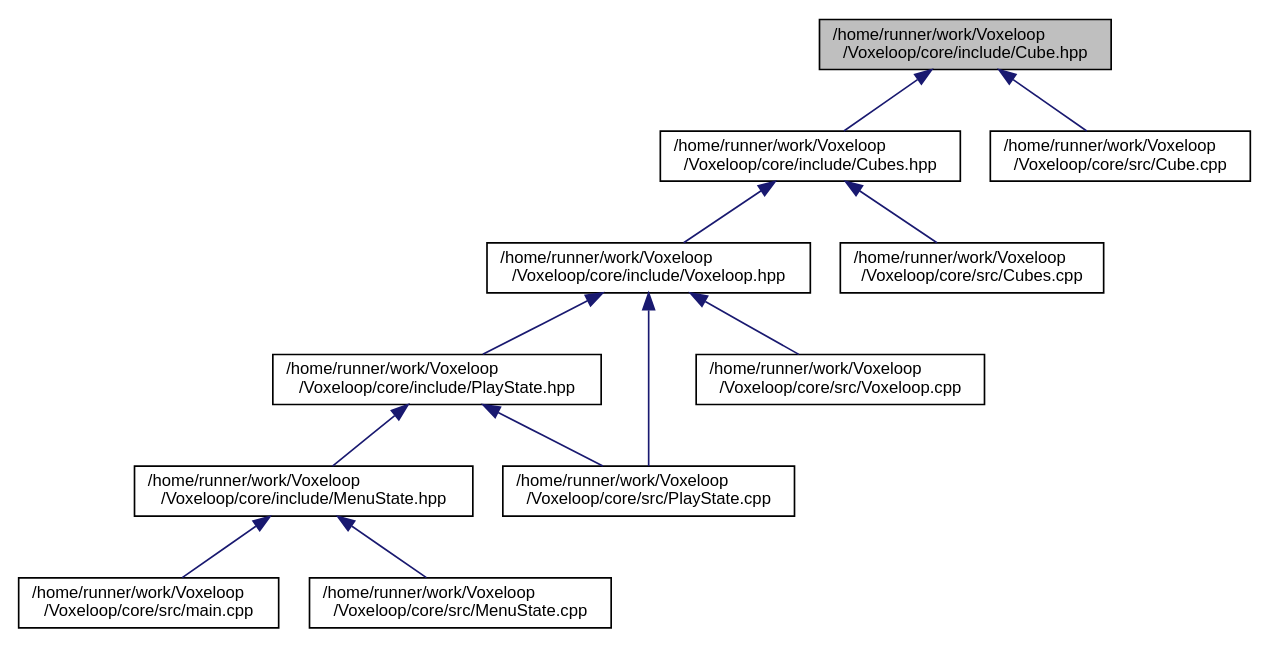
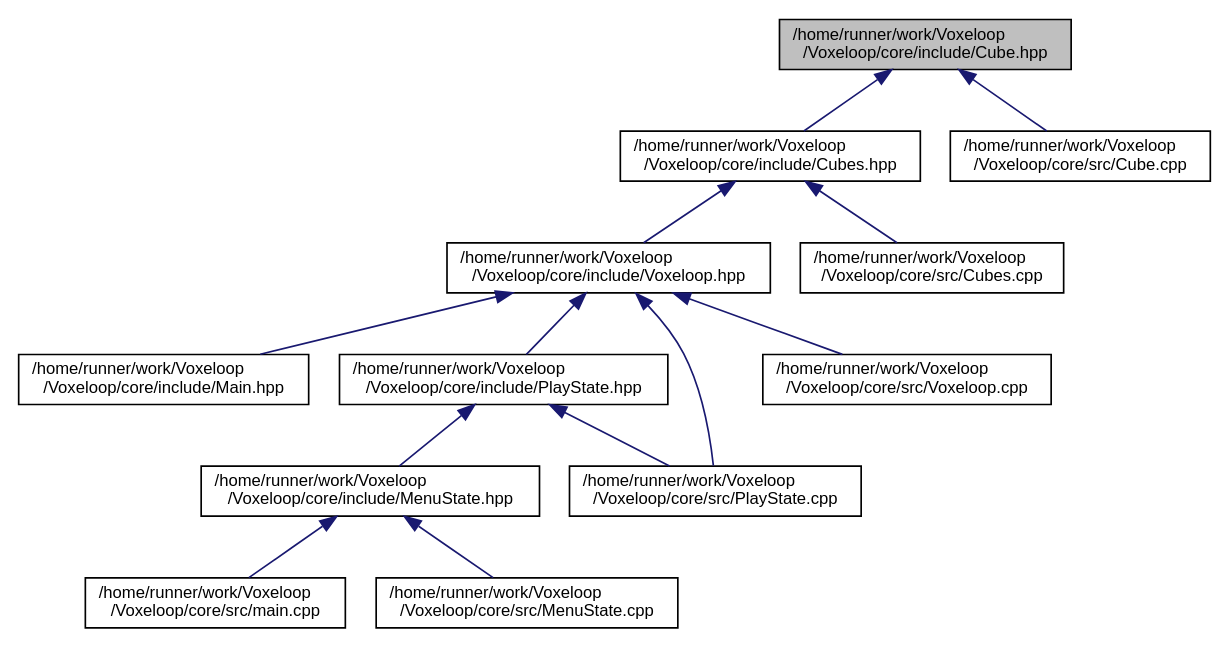
The diagram in docs/Cube_8hpp__dep__incl.dot (jarp0l/Voxeloop), drawn with Graphviz before and after one commit. The commit also changed 133 other files, not shown here.

```diff
--- a/docs/Cube_8hpp__dep__incl.dot
+++ b/docs/Cube_8hpp__dep__incl.dot
@@ -1,29 +1,31 @@
 digraph "/home/runner/work/Voxeloop/Voxeloop/core/include/Cube.hpp"
 {
  // INTERACTIVE_SVG=YES
  // LATEX_PDF_SIZE
   edge [fontname="Helvetica",fontsize="10",labelfontname="Helvetica",labelfontsize="10"];
   node [fontname="Helvetica",fontsize="10",shape=record];
   Node1 [label="/home/runner/work/Voxeloop\l/Voxeloop/core/include/Cube.hpp",height=0.2,width=0.4,color="black", fillcolor="grey75", style="filled", fontcolor="black",tooltip=" "];
   Node1 -> Node2 [dir="back",color="midnightblue",fontsize="10",style="solid",fontname="Helvetica"];
   Node2 [label="/home/runner/work/Voxeloop\l/Voxeloop/core/include/Cubes.hpp",height=0.2,width=0.4,color="black", fillcolor="white", style="filled",URL="$Cubes_8hpp.html",tooltip=" "];
   Node2 -> Node3 [dir="back",color="midnightblue",fontsize="10",style="solid",fontname="Helvetica"];
   Node3 [label="/home/runner/work/Voxeloop\l/Voxeloop/core/include/Voxeloop.hpp",height=0.2,width=0.4,color="black", fillcolor="white", style="filled",URL="$Voxeloop_8hpp.html",tooltip=" "];
   Node3 -> Node4 [dir="back",color="midnightblue",fontsize="10",style="solid",fontname="Helvetica"];
-  Node4 [label="/home/runner/work/Voxeloop\l/Voxeloop/core/include/PlayState.hpp",height=0.2,width=0.4,color="black", fillcolor="white", style="filled",URL="$PlayState_8hpp.html",tooltip=" "];
-  Node4 -> Node5 [dir="back",color="midnightblue",fontsize="10",style="solid",fontname="Helvetica"];
-  Node5 [label="/home/runner/work/Voxeloop\l/Voxeloop/core/include/MenuState.hpp",height=0.2,width=0.4,color="black", fillcolor="white", style="filled",URL="$MenuState_8hpp.html",tooltip=" "];
+  Node4 [label="/home/runner/work/Voxeloop\l/Voxeloop/core/include/Main.hpp",height=0.2,width=0.4,color="black", fillcolor="white", style="filled",URL="$Main_8hpp.html",tooltip=" "];
+  Node3 -> Node5 [dir="back",color="midnightblue",fontsize="10",style="solid",fontname="Helvetica"];
+  Node5 [label="/home/runner/work/Voxeloop\l/Voxeloop/core/include/PlayState.hpp",height=0.2,width=0.4,color="black", fillcolor="white", style="filled",URL="$PlayState_8hpp.html",tooltip=" "];
   Node5 -> Node6 [dir="back",color="midnightblue",fontsize="10",style="solid",fontname="Helvetica"];
-  Node6 [label="/home/runner/work/Voxeloop\l/Voxeloop/core/src/main.cpp",height=0.2,width=0.4,color="black", fillcolor="white", style="filled",URL="$main_8cpp.html",tooltip=" "];
-  Node5 -> Node7 [dir="back",color="midnightblue",fontsize="10",style="solid",fontname="Helvetica"];
-  Node7 [label="/home/runner/work/Voxeloop\l/Voxeloop/core/src/MenuState.cpp",height=0.2,width=0.4,color="black", fillcolor="white", style="filled",URL="$MenuState_8cpp.html",tooltip=" "];
-  Node4 -> Node8 [dir="back",color="midnightblue",fontsize="10",style="solid",fontname="Helvetica"];
-  Node8 [label="/home/runner/work/Voxeloop\l/Voxeloop/core/src/PlayState.cpp",height=0.2,width=0.4,color="black", fillcolor="white", style="filled",URL="$PlayState_8cpp.html",tooltip=" "];
-  Node3 -> Node8 [dir="back",color="midnightblue",fontsize="10",style="solid",fontname="Helvetica"];
+  Node6 [label="/home/runner/work/Voxeloop\l/Voxeloop/core/include/MenuState.hpp",height=0.2,width=0.4,color="black", fillcolor="white", style="filled",URL="$MenuState_8hpp.html",tooltip=" "];
+  Node6 -> Node7 [dir="back",color="midnightblue",fontsize="10",style="solid",fontname="Helvetica"];
+  Node7 [label="/home/runner/work/Voxeloop\l/Voxeloop/core/src/main.cpp",height=0.2,width=0.4,color="black", fillcolor="white", style="filled",URL="$main_8cpp.html",tooltip=" "];
+  Node6 -> Node8 [dir="back",color="midnightblue",fontsize="10",style="solid",fontname="Helvetica"];
+  Node8 [label="/home/runner/work/Voxeloop\l/Voxeloop/core/src/MenuState.cpp",height=0.2,width=0.4,color="black", fillcolor="white", style="filled",URL="$MenuState_8cpp.html",tooltip=" "];
+  Node5 -> Node9 [dir="back",color="midnightblue",fontsize="10",style="solid",fontname="Helvetica"];
+  Node9 [label="/home/runner/work/Voxeloop\l/Voxeloop/core/src/PlayState.cpp",height=0.2,width=0.4,color="black", fillcolor="white", style="filled",URL="$PlayState_8cpp.html",tooltip=" "];
   Node3 -> Node9 [dir="back",color="midnightblue",fontsize="10",style="solid",fontname="Helvetica"];
-  Node9 [label="/home/runner/work/Voxeloop\l/Voxeloop/core/src/Voxeloop.cpp",height=0.2,width=0.4,color="black", fillcolor="white", style="filled",URL="$Voxeloop_8cpp.html",tooltip=" "];
-  Node2 -> Node10 [dir="back",color="midnightblue",fontsize="10",style="solid",fontname="Helvetica"];
-  Node10 [label="/home/runner/work/Voxeloop\l/Voxeloop/core/src/Cubes.cpp",height=0.2,width=0.4,color="black", fillcolor="white", style="filled",URL="$Cubes_8cpp.html",tooltip=" "];
-  Node1 -> Node11 [dir="back",color="midnightblue",fontsize="10",style="solid",fontname="Helvetica"];
-  Node11 [label="/home/runner/work/Voxeloop\l/Voxeloop/core/src/Cube.cpp",height=0.2,width=0.4,color="black", fillcolor="white", style="filled",URL="$Cube_8cpp.html",tooltip=" "];
+  Node3 -> Node10 [dir="back",color="midnightblue",fontsize="10",style="solid",fontname="Helvetica"];
+  Node10 [label="/home/runner/work/Voxeloop\l/Voxeloop/core/src/Voxeloop.cpp",height=0.2,width=0.4,color="black", fillcolor="white", style="filled",URL="$Voxeloop_8cpp.html",tooltip=" "];
+  Node2 -> Node11 [dir="back",color="midnightblue",fontsize="10",style="solid",fontname="Helvetica"];
+  Node11 [label="/home/runner/work/Voxeloop\l/Voxeloop/core/src/Cubes.cpp",height=0.2,width=0.4,color="black", fillcolor="white", style="filled",URL="$Cubes_8cpp.html",tooltip=" "];
+  Node1 -> Node12 [dir="back",color="midnightblue",fontsize="10",style="solid",fontname="Helvetica"];
+  Node12 [label="/home/runner/work/Voxeloop\l/Voxeloop/core/src/Cube.cpp",height=0.2,width=0.4,color="black", fillcolor="white", style="filled",URL="$Cube_8cpp.html",tooltip=" "];
 }
```
